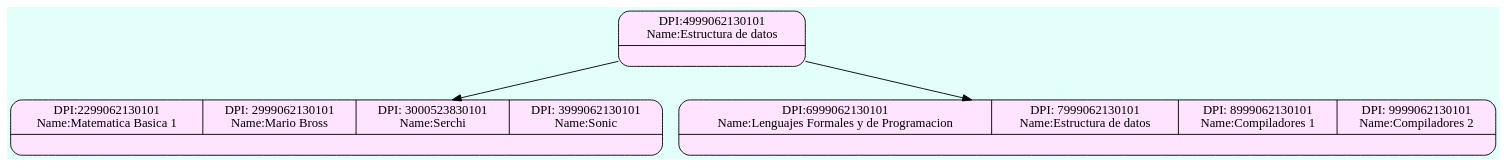
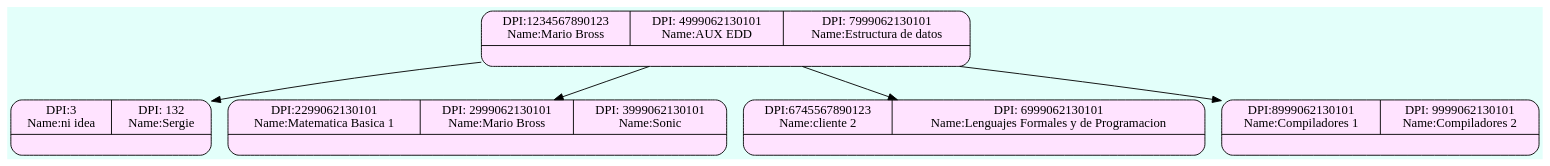
The diagram in FASE 2/Grafico/Admin_Btree_Clients.dot (Serch-ING/EDD_UDRAWING_202000119), drawn with Graphviz before and after one commit. The commit also changed 16 other files, not shown here.

```diff
--- a/FASE 2/Grafico/Admin_Btree_Clients.dot
+++ b/FASE 2/Grafico/Admin_Btree_Clients.dot
@@ -1,10 +1,14 @@
 digraph structs {
   bgcolor = "#E3FFFA"
  node [shape=Mrecord fillcolor="#FFE3FF" style =filled];
-struct1955638246[label="{{DPI:4999062130101\nName:Estructura de datos}|<here>}"];
-struct1250075467[label="{{DPI:2299062130101\nName:Matematica Basica 1|DPI: 2999062130101\nName:Mario Bross|DPI: 3000523830101\nName:Serchi|DPI: 3999062130101\nName:Sonic}|<here>}"];
-struct353179037[label="{{DPI:6999062130101\nName:Lenguajes Formales y de Programacion|DPI: 7999062130101\nName:Estructura de datos|DPI: 8999062130101\nName:Compiladores 1|DPI: 9999062130101\nName:Compiladores 2}|<here>}"];
+struct1312041202[label="{{DPI:1234567890123\nName:Mario Bross|DPI: 4999062130101\nName:AUX EDD|DPI: 7999062130101\nName:Estructura de datos}|<here>}"];
+struct222338922[label="{{DPI:3\nName:ni idea|DPI: 132\nName:Sergie}|<here>}"];
+struct418354459[label="{{DPI:2299062130101\nName:Matematica Basica 1|DPI: 2999062130101\nName:Mario Bross|DPI: 3999062130101\nName:Sonic}|<here>}"];
+struct463907292[label="{{DPI:6745567890123\nName:cliente 2|DPI: 6999062130101\nName:Lenguajes Formales y de Programacion}|<here>}"];
+struct1958371810[label="{{DPI:8999062130101\nName:Compiladores 1|DPI: 9999062130101\nName:Compiladores 2}|<here>}"];
 
-struct1955638246->struct1250075467;
-struct1955638246->struct353179037;
+struct1312041202->struct222338922;
+struct1312041202->struct418354459;
+struct1312041202->struct463907292;
+struct1312041202->struct1958371810;
 }
```
